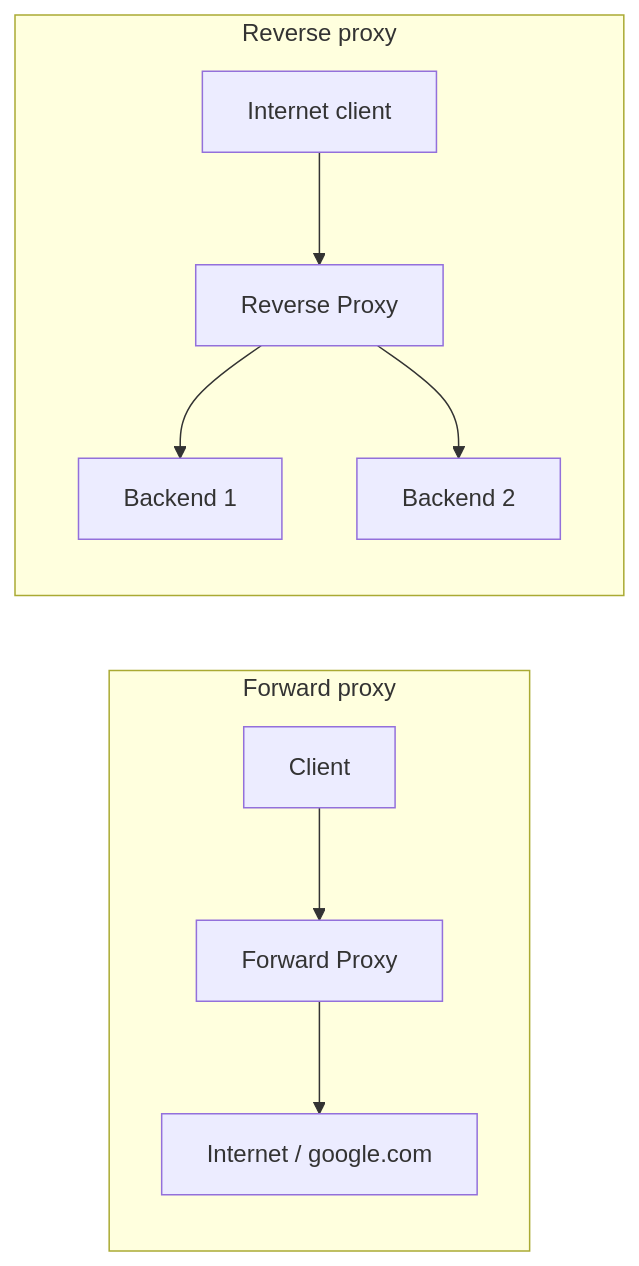
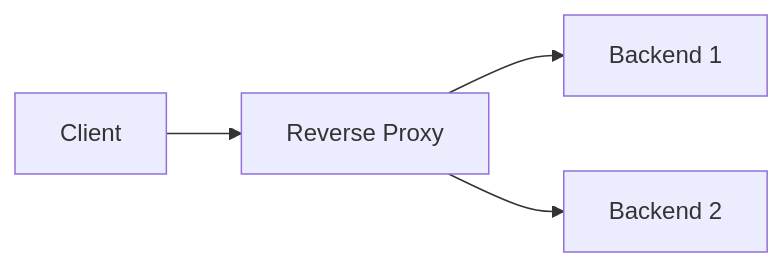
Diagram 11 of 17 in 01-networking/README.md (hareramcse/SystemDesign), drawn with Mermaid before and after one commit. The commit also changed other lines of this file, not shown here.

````diff
--- a/01-networking/README.md
+++ b/01-networking/README.md
@@ -4116,12 +4015,5 @@
 ```mermaid
 flowchart LR
-    subgraph FP["Forward proxy"]
-        C1[Client] --> FPX[Forward Proxy]
-        FPX --> WWW[Internet / google.com]
-    end
-    subgraph RP["Reverse proxy"]
-        C2[Internet client] --> RPX[Reverse Proxy]
-        RPX --> B1[Backend 1]
-        RPX --> B2[Backend 2]
-    end
+    C[Client] --> P[Reverse Proxy] --> B1[Backend 1]
+    P --> B2[Backend 2]
 ```
````
